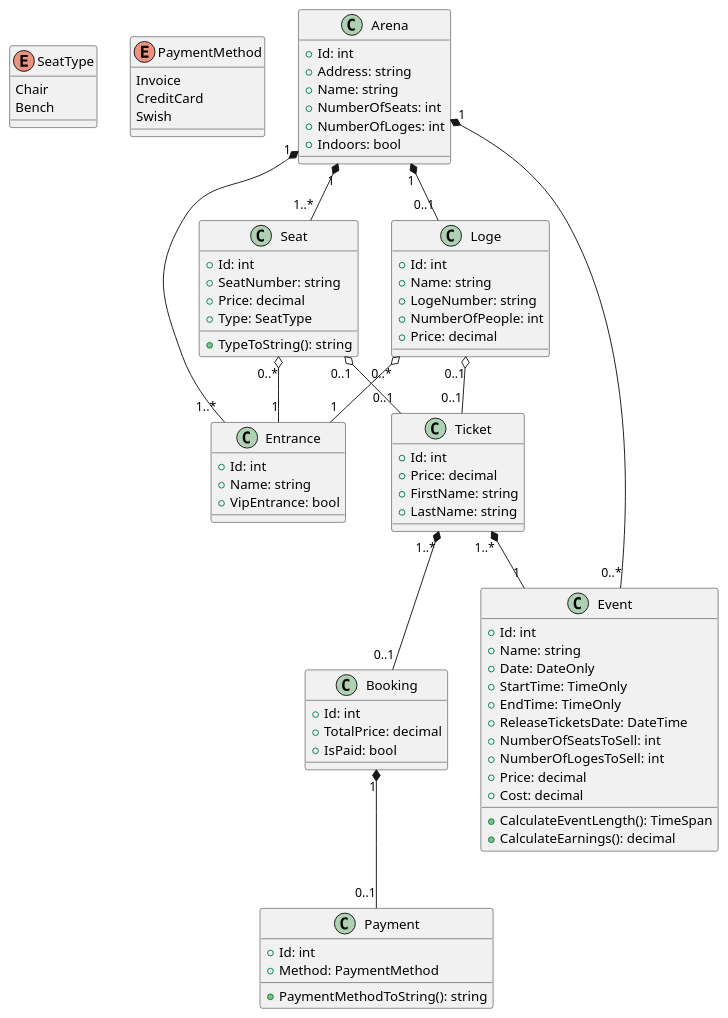
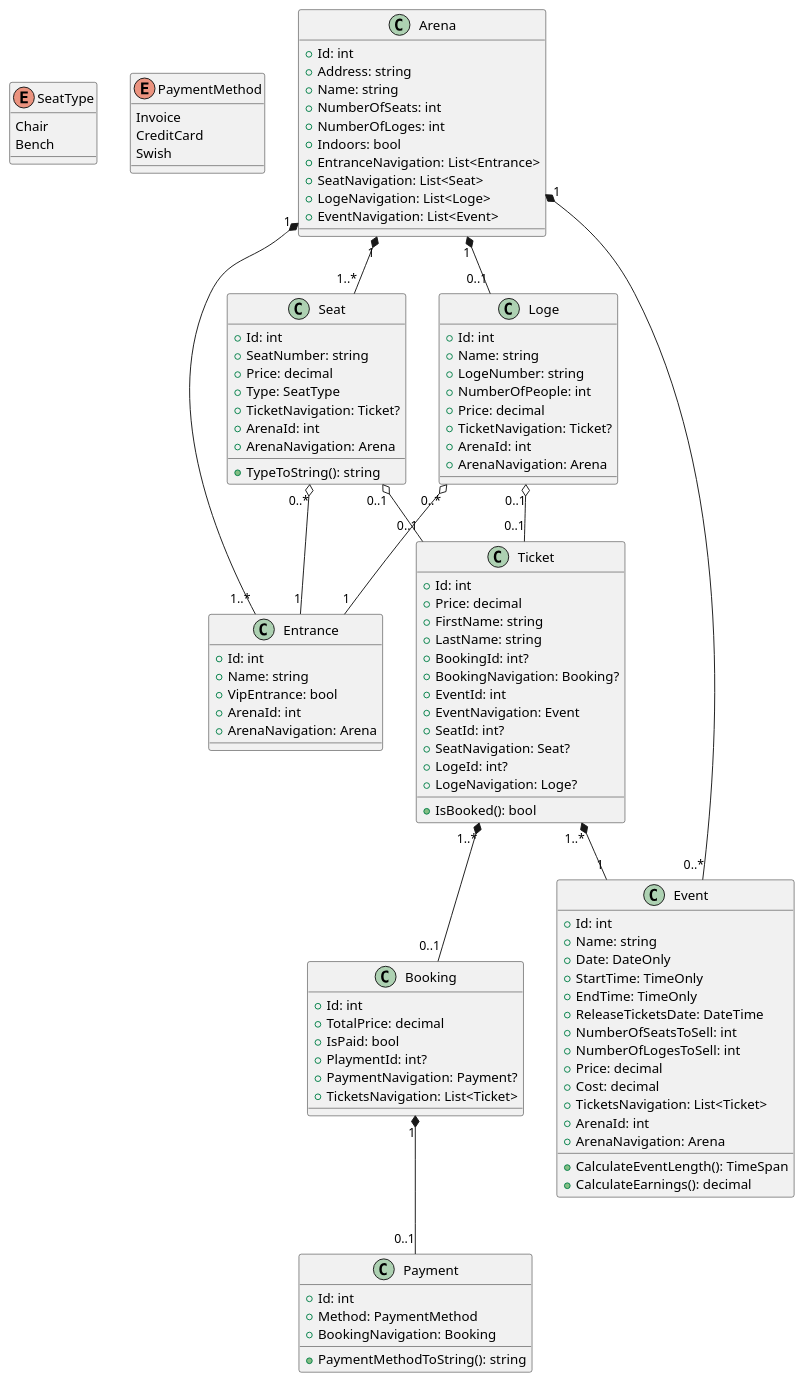
Before and after one commit to Mossberg1/ObjektOrienteradDesignBiljettShoppen: the diagram in uml.puml, drawn with PlantUML.

Commit message:
uppdaterat UMLDIAGRAM

```diff
--- a/uml.puml
+++ b/uml.puml
@@ -1,91 +1,119 @@
 @startuml
 
 enum SeatType {
     Chair
     Bench
 }
 
 enum PaymentMethod {
     Invoice
     CreditCard
     Swish
 }
 
 class Arena {
     + Id: int
     + Address: string
     + Name: string
     + NumberOfSeats: int
     + NumberOfLoges: int
     + Indoors: bool
+    + EntranceNavigation: List<Entrance> 
+    + SeatNavigation: List<Seat> 
+    + LogeNavigation: List<Loge> 
+    + EventNavigation: List<Event>
 }
 
 class Entrance {
     + Id: int
     + Name: string
     + VipEntrance: bool
+    + ArenaId: int 
+    + ArenaNavigation: Arena 
 }
 
 class Event {
     + Id: int
     + Name: string
     + Date: DateOnly
     + StartTime: TimeOnly
     + EndTime: TimeOnly
     + ReleaseTicketsDate: DateTime
     + NumberOfSeatsToSell: int
     + NumberOfLogesToSell: int
     + Price: decimal
     + Cost: decimal
+    + TicketsNavigation: List<Ticket> 
+    + ArenaId: int 
+    + ArenaNavigation: Arena
     + CalculateEventLength(): TimeSpan
     + CalculateEarnings(): decimal
 }
 
 class Ticket {
     + Id: int
     + Price: decimal
     + FirstName: string
     + LastName: string
+    + BookingId: int? 
+    + BookingNavigation: Booking? 
+    + EventId: int 
+    + EventNavigation: Event
+    + IsBooked(): bool
+    + SeatId: int? 
+    + SeatNavigation: Seat? 
+    + LogeId: int? 
+    + LogeNavigation: Loge? 
 }
 
 class Seat {
     + Id: int
     + SeatNumber: string
     + Price: decimal
     + Type: SeatType
     + TypeToString(): string 
+    + TicketNavigation: Ticket? 
+    + ArenaId: int 
+    + ArenaNavigation: Arena
 }
 
 class Loge { 
     + Id: int
     + Name: string
     + LogeNumber: string
     + NumberOfPeople: int
     + Price: decimal
+    + TicketNavigation: Ticket? 
+    + ArenaId: int 
+    +ArenaNavigation: Arena
 }
 
 class Booking {
     + Id: int
     + TotalPrice: decimal
     + IsPaid: bool
+    + PlaymentId: int? 
+    + PaymentNavigation: Payment? 
+    + TicketsNavigation: List<Ticket>
 }
 
 class Payment {
     + Id: int
     + Method: PaymentMethod
+    + BookingNavigation: Booking 
     + PaymentMethodToString(): string
 }
 
 Arena "1" *-- "0..*" Event
 Arena "1" *-- "1..*" Entrance
 Arena "1" *-- "1..*" Seat
 Ticket "1..*" *-- "1"  Event
 Seat "0..1" o-- "0..1" Ticket
 Seat "0..*" o-- "1" Entrance
 Ticket "1..*" *-- "0..1" Booking
 Booking "1" *-- "0..1" Payment
 Loge "0..1" o-- "0..1" Ticket
 Loge "0..*" o-- "1" Entrance
 Arena "1" *-- "0..1" Loge
 
 @enduml
```
